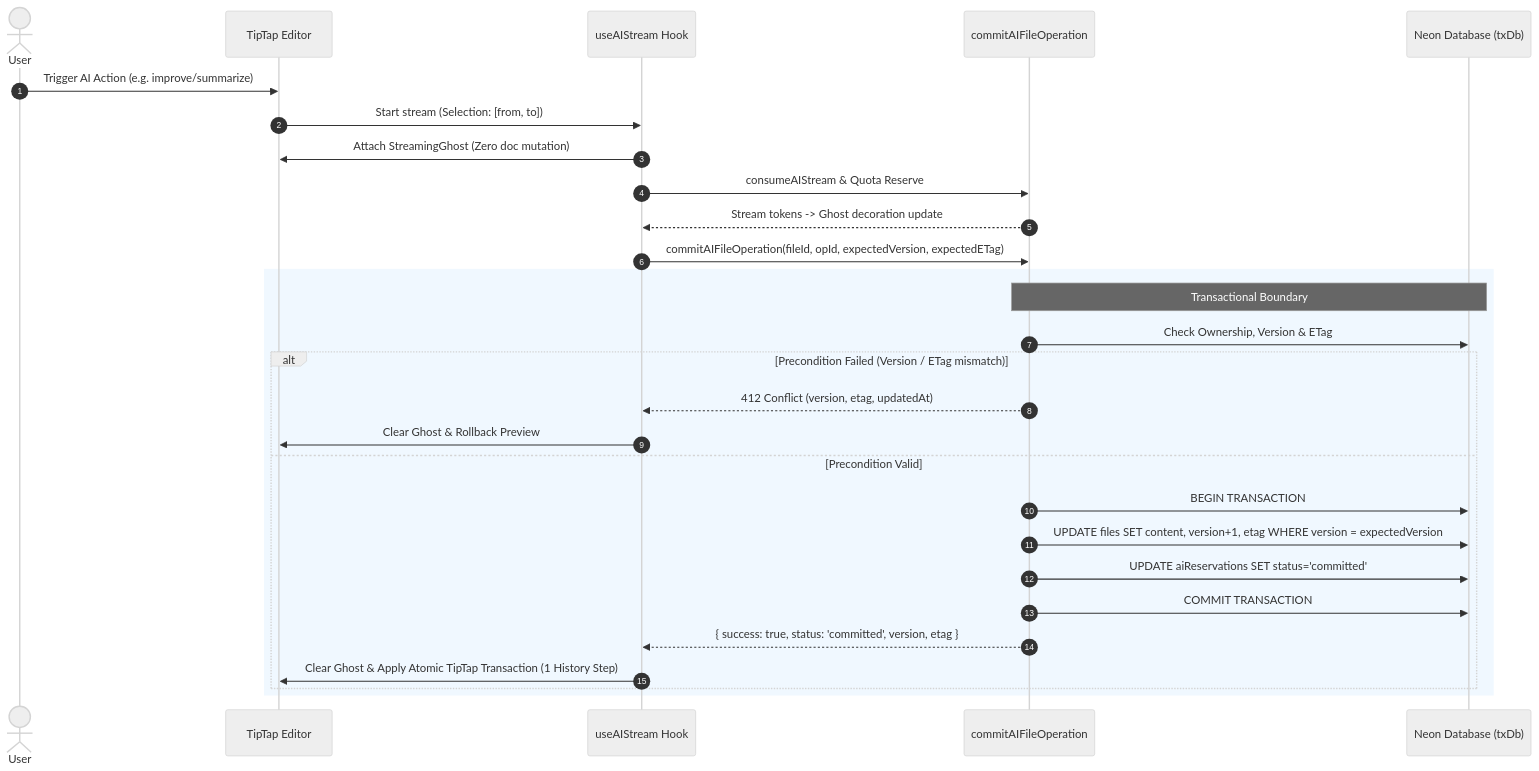
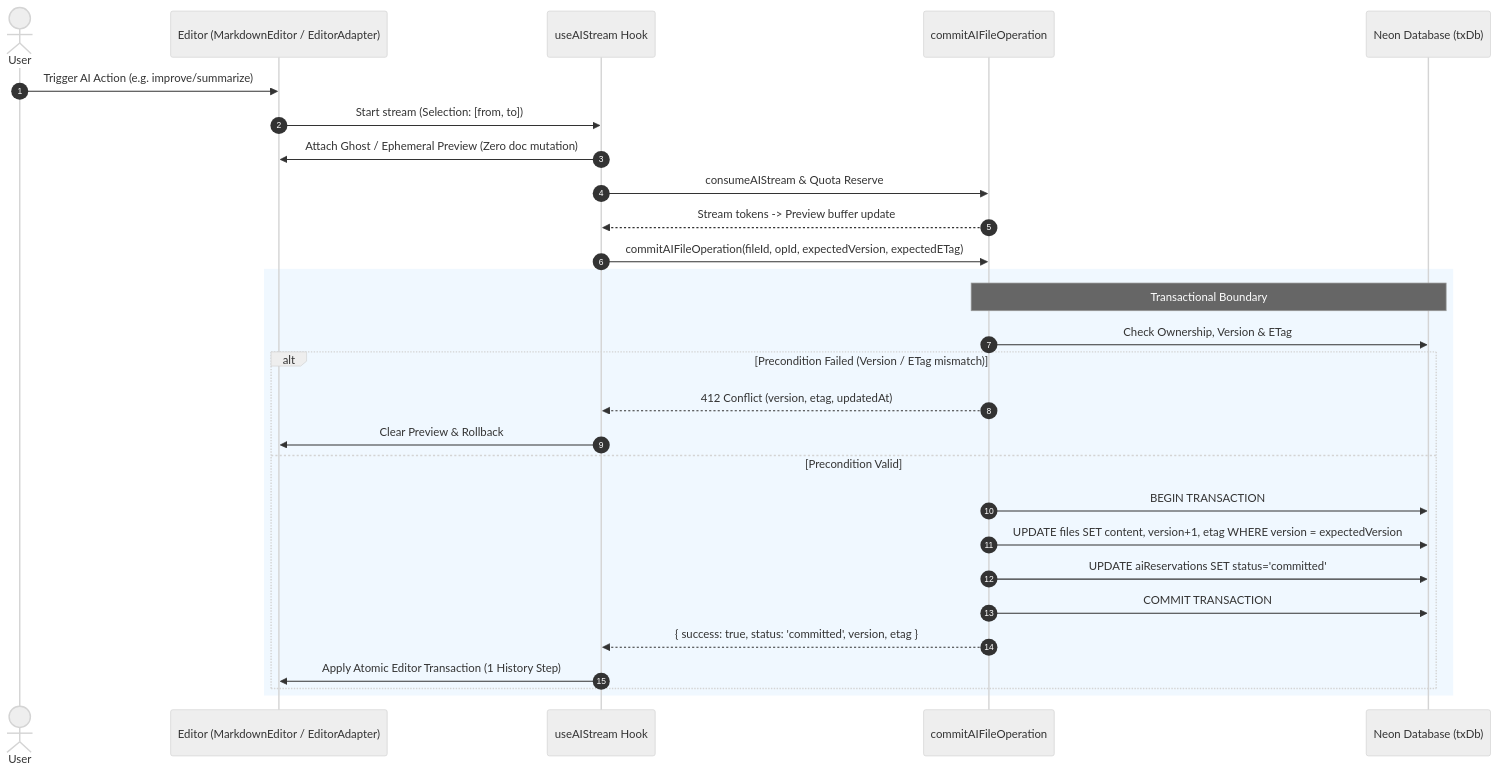
One commit to Abdullah931-stack/LUGX changed the diagram in docs/architecture/ai-atomic-commit-architecture.md. Above: the diagram before and after it, drawn with Mermaid (neutral theme). The commit also changed other lines of this file and 24 other files, not shown here.

````diff
--- a/docs/architecture/ai-atomic-commit-architecture.md
+++ b/docs/architecture/ai-atomic-commit-architecture.md
@@ -46,32 +46,32 @@
 ```mermaid
 sequenceDiagram
     autonumber
     actor User
-    participant Editor as TipTap Editor
+    participant Editor as Editor (MarkdownEditor / EditorAdapter)
     participant Hook as useAIStream Hook
     participant Server as commitAIFileOperation
     participant DB as Neon Database (txDb)
 
     User->>Editor: Trigger AI Action (e.g. improve/summarize)
     Editor->>Hook: Start stream (Selection: [from, to])
-    Hook->>Editor: Attach StreamingGhost (Zero doc mutation)
+    Hook->>Editor: Attach Ghost / Ephemeral Preview (Zero doc mutation)
     Hook->>Server: consumeAIStream & Quota Reserve
-    Server-->>Hook: Stream tokens -> Ghost decoration update
+    Server-->>Hook: Stream tokens -> Preview buffer update
     Hook->>Server: commitAIFileOperation(fileId, opId, expectedVersion, expectedETag)
     
     rect rgb(240, 248, 255)
         Note over Server,DB: Transactional Boundary
         Server->>DB: Check Ownership, Version & ETag
         alt Precondition Failed (Version / ETag mismatch)
             Server-->>Hook: 412 Conflict (version, etag, updatedAt)
-            Hook->>Editor: Clear Ghost & Rollback Preview
+            Hook->>Editor: Clear Preview & Rollback
         else Precondition Valid
             Server->>DB: BEGIN TRANSACTION
             Server->>DB: UPDATE files SET content, version+1, etag WHERE version = expectedVersion
             Server->>DB: UPDATE aiReservations SET status='committed'
             Server->>DB: COMMIT TRANSACTION
             Server-->>Hook: { success: true, status: 'committed', version, etag }
-            Hook->>Editor: Clear Ghost & Apply Atomic TipTap Transaction (1 History Step)
+            Hook->>Editor: Apply Atomic Editor Transaction (1 History Step)
         end
     end
 ```
````
